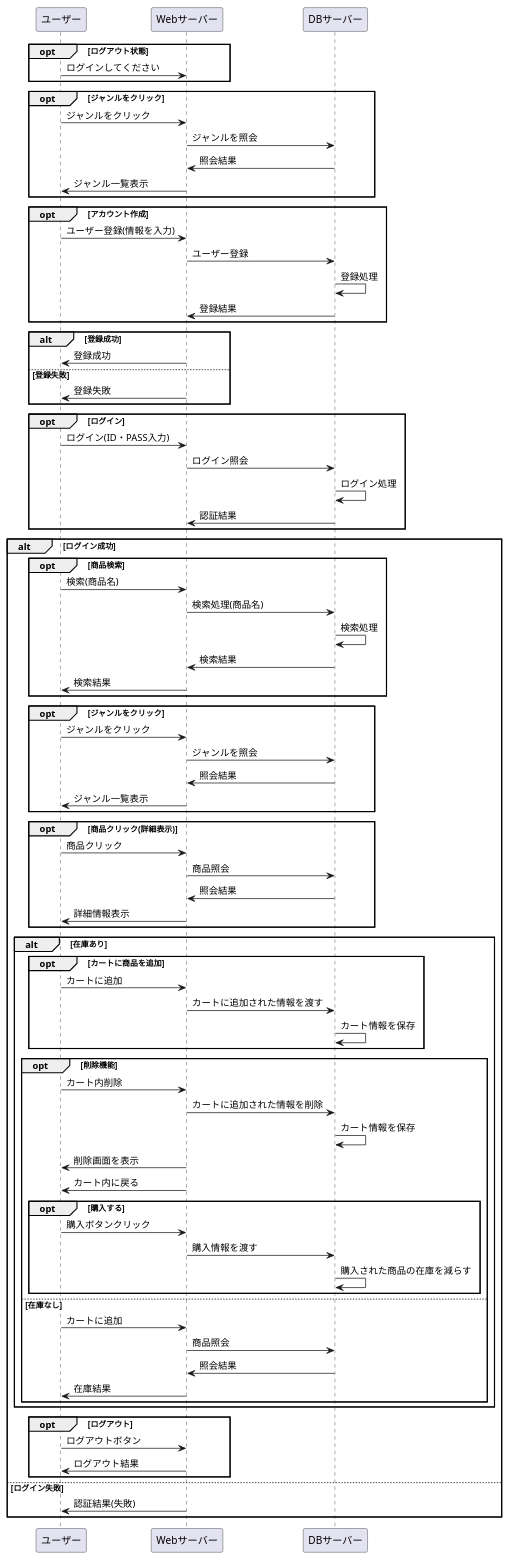
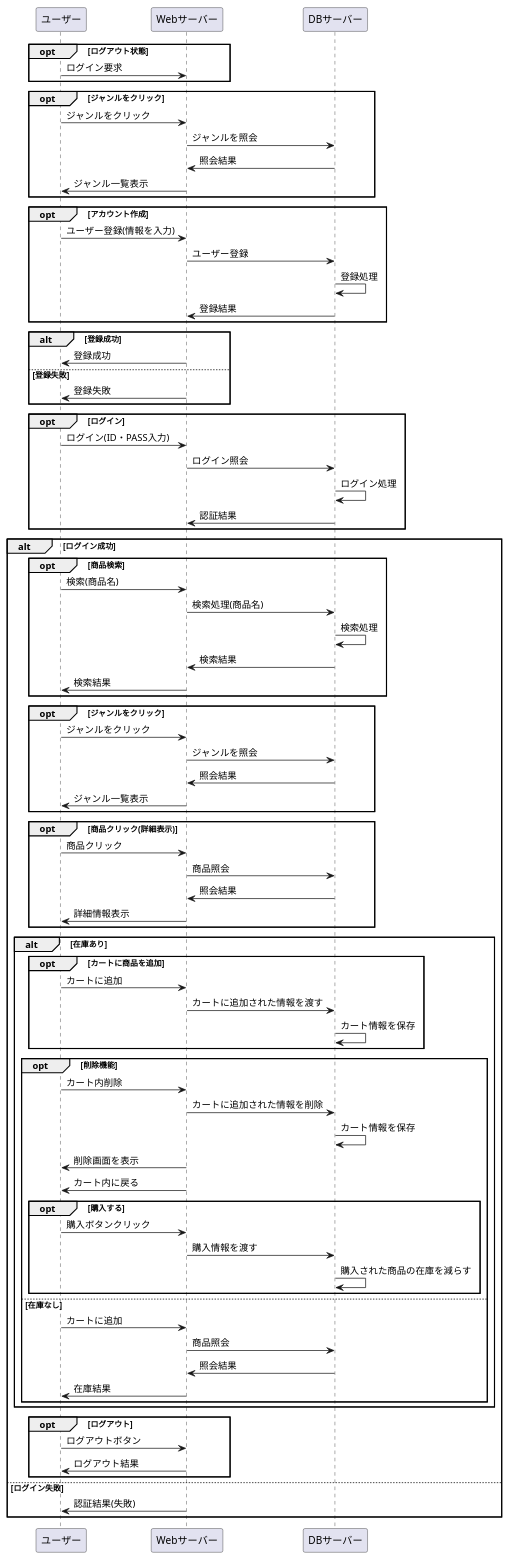
One commit to Aso2001184/2021sys-design changed the diagram in あの消し.業務フロー.md. Above: the diagram before and after it, drawn with PlantUML.

````diff
--- a/あの消し.業務フロー.md
+++ b/あの消し.業務フロー.md
@@ -1,7 +1,7 @@
 ```uml
 @startuml
 opt ログアウト状態
-ユーザー -> Webサーバー : ログインしてください
+ユーザー -> Webサーバー : ログイン要求
 end
 
 opt ジャンルをクリック
````
